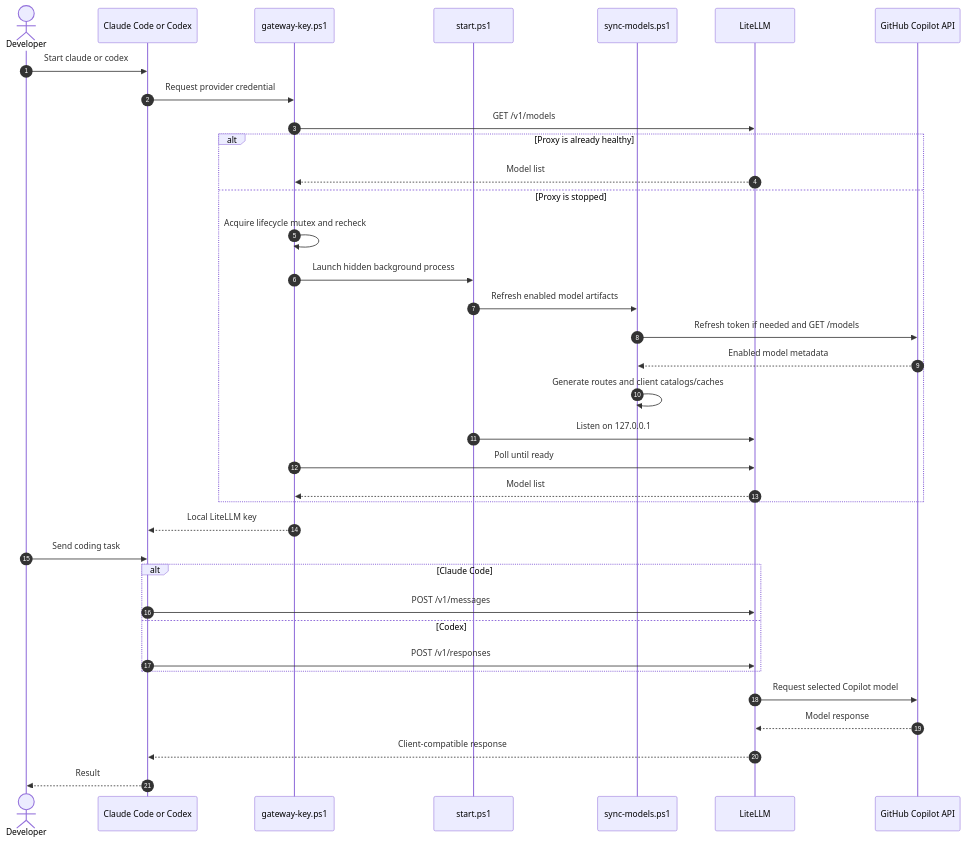
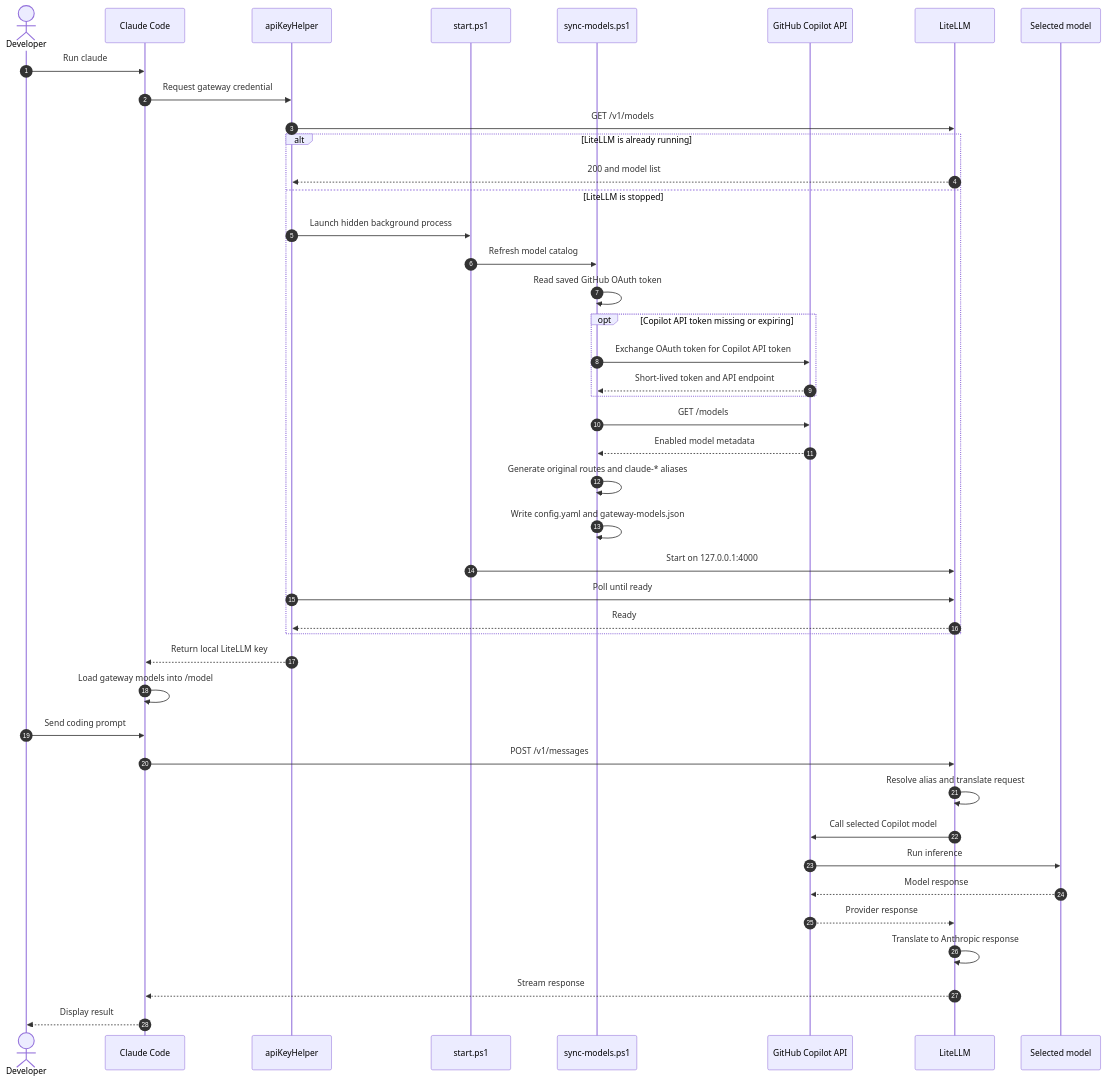
Before and after one commit to mbahgatTech/claude-ghcp-proxy: the second of 2 diagrams in README.md, drawn with Mermaid. The commit also changed other lines of this file and 10 other files, not shown here.

Commit message:
Limit changes to model aliases

````diff
--- a/README.md
+++ b/README.md
@@ -90,41 +76,48 @@
 ```mermaid
 sequenceDiagram
     autonumber
     actor User as Developer
-    participant Client as Claude Code or Codex
-    participant Helper as gateway-key.ps1
+    participant Claude as Claude Code
+    participant Helper as apiKeyHelper
     participant Start as start.ps1
     participant Sync as sync-models.ps1
+    participant GitHub as GitHub Copilot API
     participant Proxy as LiteLLM
-    participant GitHub as GitHub Copilot API
+    participant Model as Selected model
 
-    User->>Client: Start claude or codex
-    Client->>Helper: Request provider credential
+    User->>Claude: Run claude
+    Claude->>Helper: Request gateway credential
     Helper->>Proxy: GET /v1/models
 
-    alt Proxy is already healthy
-        Proxy-->>Helper: Model list
-    else Proxy is stopped
-        Helper->>Helper: Acquire lifecycle mutex and recheck
+    alt LiteLLM is already running
+        Proxy-->>Helper: 200 and model list
+    else LiteLLM is stopped
         Helper->>Start: Launch hidden background process
-        Start->>Sync: Refresh enabled model artifacts
-        Sync->>GitHub: Refresh token if needed and GET /models
+        Start->>Sync: Refresh model catalog
+        Sync->>Sync: Read saved GitHub OAuth token
+        opt Copilot API token missing or expiring
+            Sync->>GitHub: Exchange OAuth token for Copilot API token
+            GitHub-->>Sync: Short-lived token and API endpoint
+        end
+        Sync->>GitHub: GET /models
         GitHub-->>Sync: Enabled model metadata
-        Sync->>Sync: Generate routes and client catalogs/caches
-        Start->>Proxy: Listen on 127.0.0.1
+        Sync->>Sync: Generate original routes and claude-* aliases
+        Sync->>Sync: Write config.yaml and gateway-models.json
+        Start->>Proxy: Start on 127.0.0.1:4000
         Helper->>Proxy: Poll until ready
-        Proxy-->>Helper: Model list
+        Proxy-->>Helper: Ready
     end
 
-    Helper-->>Client: Local LiteLLM key
-    User->>Client: Send coding task
-    alt Claude Code
-        Client->>Proxy: POST /v1/messages
-    else Codex
-        Client->>Proxy: POST /v1/responses
-    end
-    Proxy->>GitHub: Request selected Copilot model
-    GitHub-->>Proxy: Model response
-    Proxy-->>Client: Client-compatible response
-    Client-->>User: Result
+    Helper-->>Claude: Return local LiteLLM key
+    Claude->>Claude: Load gateway models into /model
+    User->>Claude: Send coding prompt
+    Claude->>Proxy: POST /v1/messages
+    Proxy->>Proxy: Resolve alias and translate request
+    Proxy->>GitHub: Call selected Copilot model
+    GitHub->>Model: Run inference
+    Model-->>GitHub: Model response
+    GitHub-->>Proxy: Provider response
+    Proxy->>Proxy: Translate to Anthropic response
+    Proxy-->>Claude: Stream response
+    Claude-->>User: Display result
 ```
````
